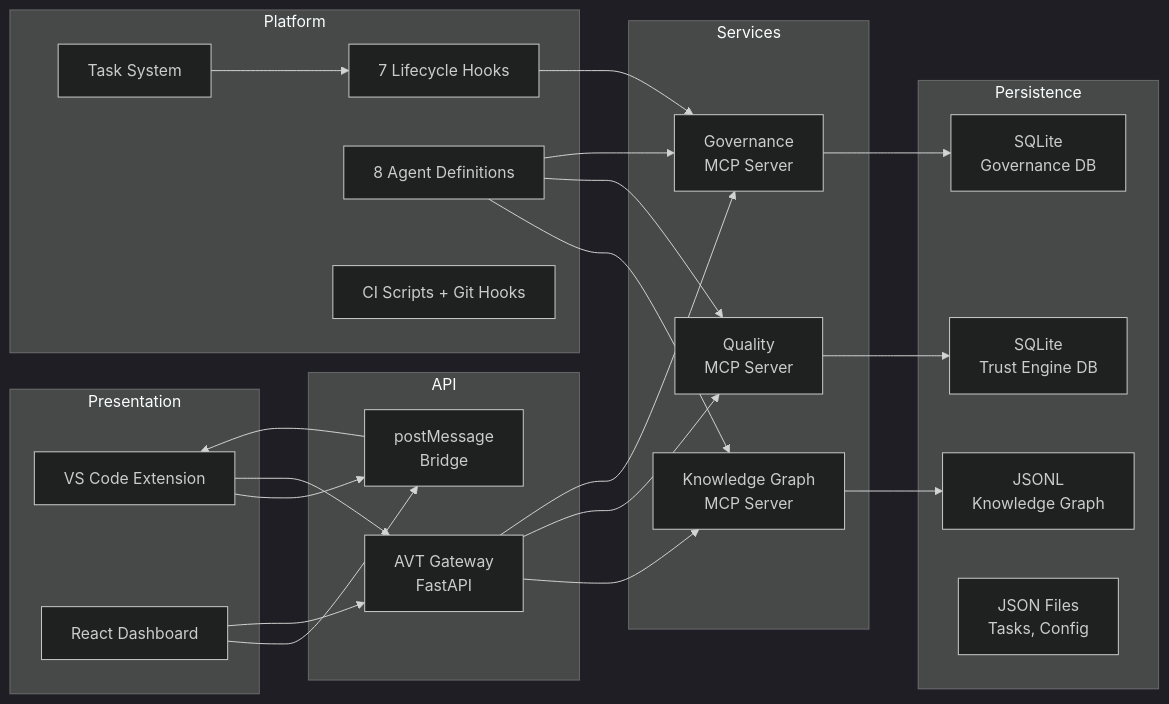
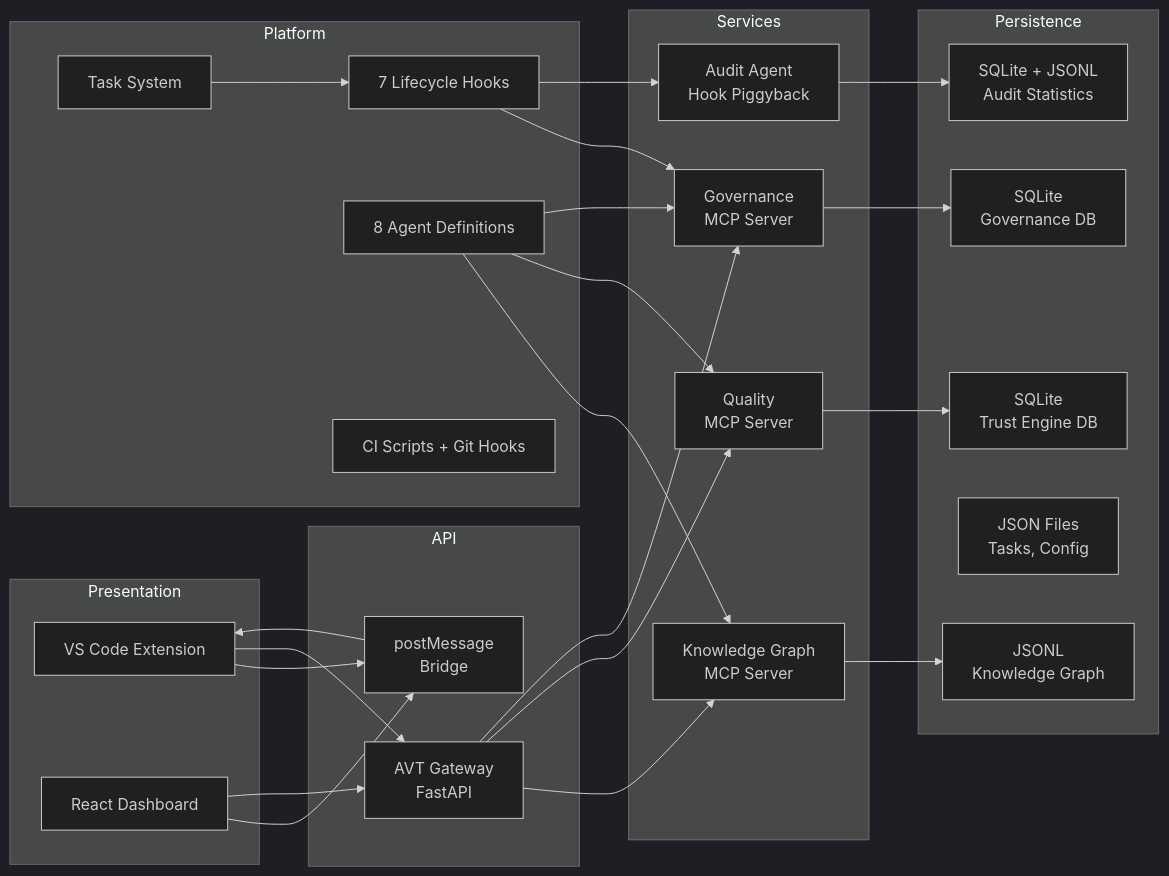
The second of 2 diagrams in docs/architecture/overview.md (sirfifer/agent-vision-team), drawn with Mermaid (dark theme) before and after one commit. The commit also changed other lines of this file and 5 other files, not shown here.

Commit message:
feat: implement audit agent using a hook piggyback architecture with tiered LLM escalation for anomaly detection.

````diff
--- a/docs/architecture/overview.md
+++ b/docs/architecture/overview.md
@@ -56,49 +59,53 @@
 ```mermaid
 graph LR
     subgraph Presentation
         Ext[VS Code Extension]
         Dash[React Dashboard]
     end
 
     subgraph API
         GW[AVT Gateway<br/>FastAPI]
         PM[postMessage<br/>Bridge]
     end
 
     subgraph Services
         KG[Knowledge Graph<br/>MCP Server]
         QS[Quality<br/>MCP Server]
         GOV[Governance<br/>MCP Server]
+        AUD[Audit Agent<br/>Hook Piggyback]
     end
 
     subgraph Persistence
         JSONL[JSONL<br/>Knowledge Graph]
         SQLite1[SQLite<br/>Governance DB]
         SQLite2[SQLite<br/>Trust Engine DB]
         JSON[JSON Files<br/>Tasks, Config]
+        AuditDB[SQLite + JSONL<br/>Audit Statistics]
     end
 
     subgraph Platform
         Hooks[7 Lifecycle Hooks]
         Agents[8 Agent Definitions]
         Tasks[Task System]
         CI[CI Scripts + Git Hooks]
     end
 
     Ext --> PM
     Ext --> GW
     Dash --> PM
     Dash --> GW
     GW --> KG
     GW --> QS
     GW --> GOV
     PM --> Ext
     KG --> JSONL
     GOV --> SQLite1
     QS --> SQLite2
     Hooks --> GOV
+    Hooks --> AUD
+    AUD --> AuditDB
     Agents --> KG
     Agents --> QS
     Agents --> GOV
     Tasks --> Hooks
 ```
````
